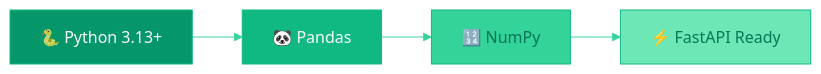
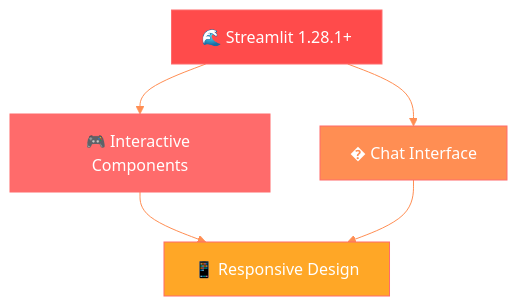
The first of 10 diagrams in README.md (jellyfishing2346/cfo-copilot), drawn with Mermaid before and after one commit. The commit also changed other lines of this file, not shown here.

````diff
--- a/README.md
+++ b/README.md
@@ -44,12 +45,13 @@
-```mermaid 
-%%{init: {'theme':'base', 'themeVariables': { 'primaryColor': '#059669', 'primaryTextColor': '#f8fafc', 'primaryBorderColor': '#10b981', 'lineColor': '#34d399'}}}%%
-graph LR
-    A[🐍 Python 3.13+] --> B[🐼 Pandas]
-    B --> C[🔢 NumPy]  
-    C --> D[⚡ FastAPI Ready]
+```mermaid
+%%{init: {'theme':'base', 'themeVariables': { 'primaryColor': '#ff4b4b', 'primaryTextColor': '#ffffff', 'primaryBorderColor': '#ff6b6b', 'lineColor': '#ff8e53'}}}%%
+graph TB
+    A[🌊 Streamlit 1.28.1+] --> B[🎮 Interactive Components]
+    A --> C[� Chat Interface]
+    B --> D[📱 Responsive Design]
+    C --> D
     
-    style A fill:#059669,color:#f8fafc
-    style B fill:#10b981,color:#f8fafc
-    style C fill:#34d399,color:#047857
-    style D fill:#6ee7b7,color:#047857
+    style A fill:#ff4b4b,color:#ffffff
+    style B fill:#ff6b6b,color:#ffffff
+    style C fill:#ff8e53,color:#ffffff
+    style D fill:#ffa726,color:#ffffff
 ```
````
